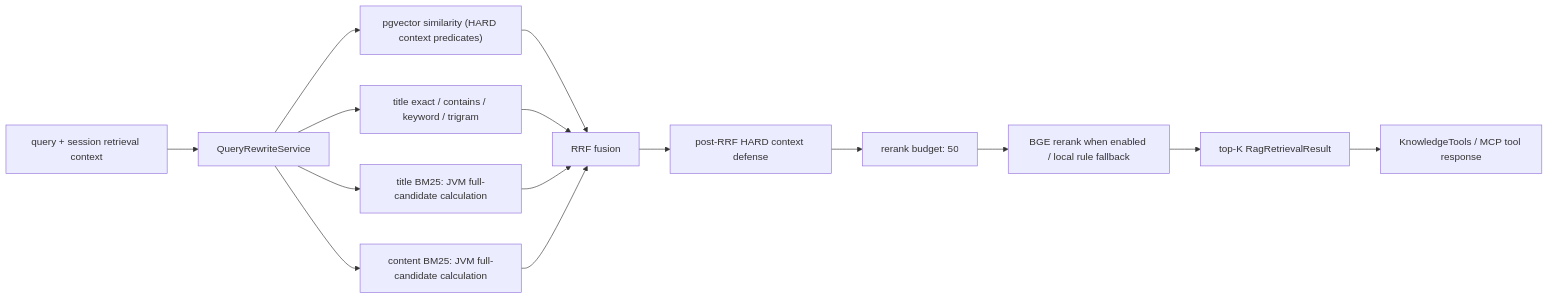
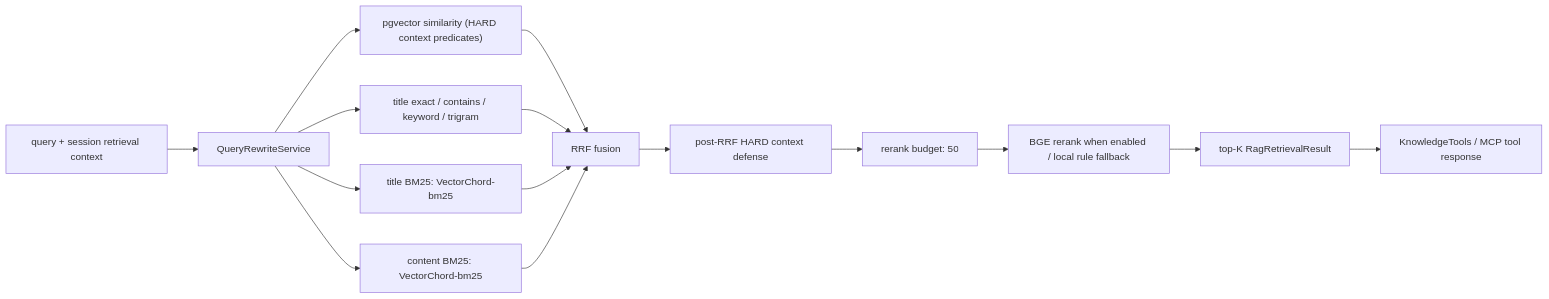
The fourth of 7 diagrams in docs/项目架构与关键链路.md (banxifu986-gif/JchatMind), drawn with Mermaid before and after one commit. The commit also changed other lines of this file and 2 other files, not shown here.

````diff
--- a/docs/项目架构与关键链路.md
+++ b/docs/项目架构与关键链路.md
@@ -210,17 +223,17 @@
 ```mermaid
 flowchart LR
     Q["query + session retrieval context"] --> R["QueryRewriteService"]
     R --> V["pgvector similarity (HARD context predicates)"]
     R --> TE["title exact / contains / keyword / trigram"]
-    R --> TB["title BM25: JVM full-candidate calculation"]
-    R --> CB["content BM25: JVM full-candidate calculation"]
+    R --> TB["title BM25: VectorChord-bm25"]
+    R --> CB["content BM25: VectorChord-bm25"]
     V --> F["RRF fusion"]
     TE --> F
     TB --> F
     CB --> F
     F --> C["post-RRF HARD context defense"]
     C --> RB["rerank budget: 50"]
     RB --> RR["BGE rerank when enabled / local rule fallback"]
     RR --> K["top-K RagRetrievalResult"]
     K --> KT["KnowledgeTools / MCP tool response"]
 ```
````
